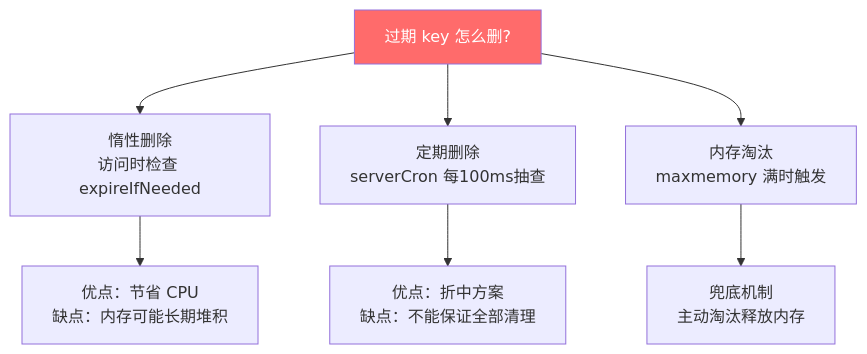
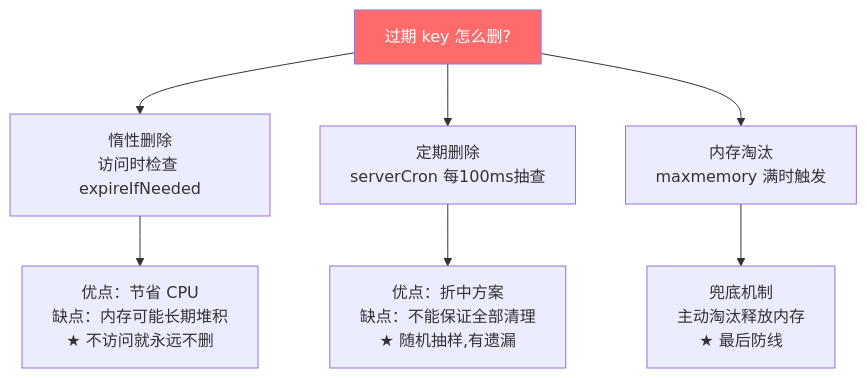
Before and after one commit to qigao0787-ops/gq-test: the tenth of 31 diagrams in document/strengthen/分布式技术面试总结_增强版.md, drawn with Mermaid. The commit also changed other lines of this file, not shown here.

````diff
--- a/document/strengthen/分布式技术面试总结_增强版.md
+++ b/document/strengthen/分布式技术面试总结_增强版.md
@@ -702,12 +910,12 @@
 ```mermaid
 flowchart TD
     A[过期 key 怎么删?] --> B[惰性删除<br/>访问时检查 expireIfNeeded]
     A --> C[定期删除<br/>serverCron 每100ms抽查]
     A --> D[内存淘汰<br/>maxmemory 满时触发]
 
-    B --> E[优点：节省 CPU<br/>缺点：内存可能长期堆积]
-    C --> F[优点：折中方案<br/>缺点：不能保证全部清理]
-    D --> G[兜底机制<br/>主动淘汰释放内存]
+    B --> E[优点：节省 CPU<br/>缺点：内存可能长期堆积<br/>★ 不访问就永远不删]
+    C --> F[优点：折中方案<br/>缺点：不能保证全部清理<br/>★ 随机抽样,有遗漏]
+    D --> G[兜底机制<br/>主动淘汰释放内存<br/>★ 最后防线]
 
     style A fill:#ff6b6b,color:#fff
 ```
````
